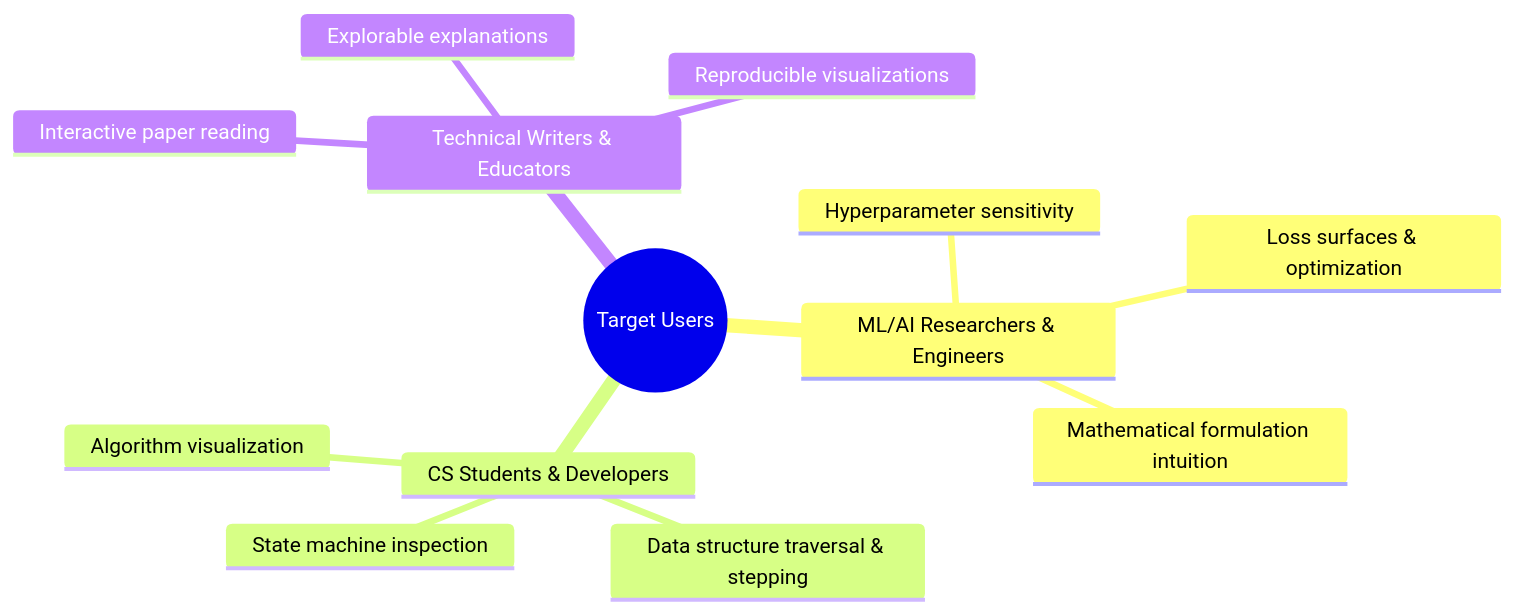
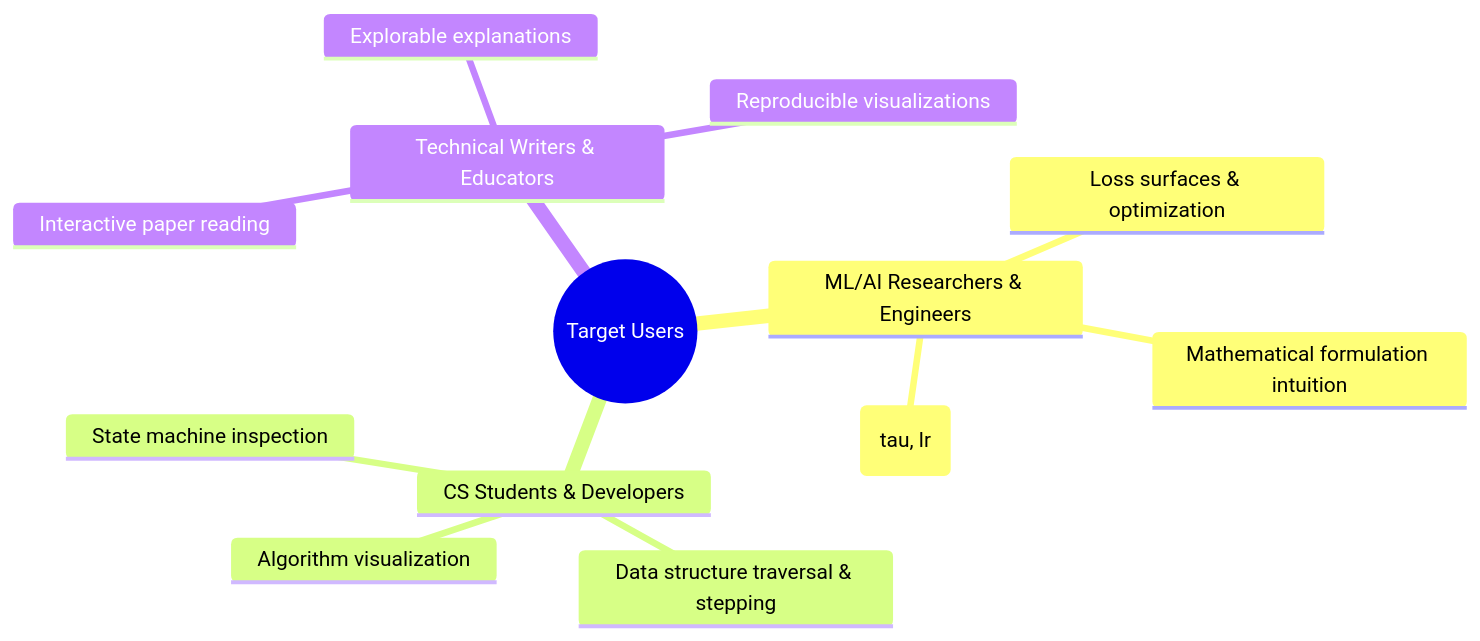
Before and after one commit to vmatrixdev/simit: the second of 2 diagrams in docs/product/prd.md, drawn with Mermaid. The commit also changed other lines of this file and 11 other files, not shown here.

Commit message:
docs & core: align specs with consolidated architecture and add dynamic viewport injection

````diff
--- a/docs/product/prd.md
+++ b/docs/product/prd.md
@@ -42,16 +47,16 @@
 ```mermaid
 mindmap
   root((Target Users))
     ML/AI Researchers & Engineers
-      Hyperparameter sensitivity
+      Hyperparameter sensitivity (tau, lr)
       Loss surfaces & optimization
       Mathematical formulation intuition
     CS Students & Developers
       Algorithm visualization
       Data structure traversal & stepping
       State machine inspection
     Technical Writers & Educators
       Interactive paper reading
       Explorable explanations
       Reproducible visualizations
 ```
````
